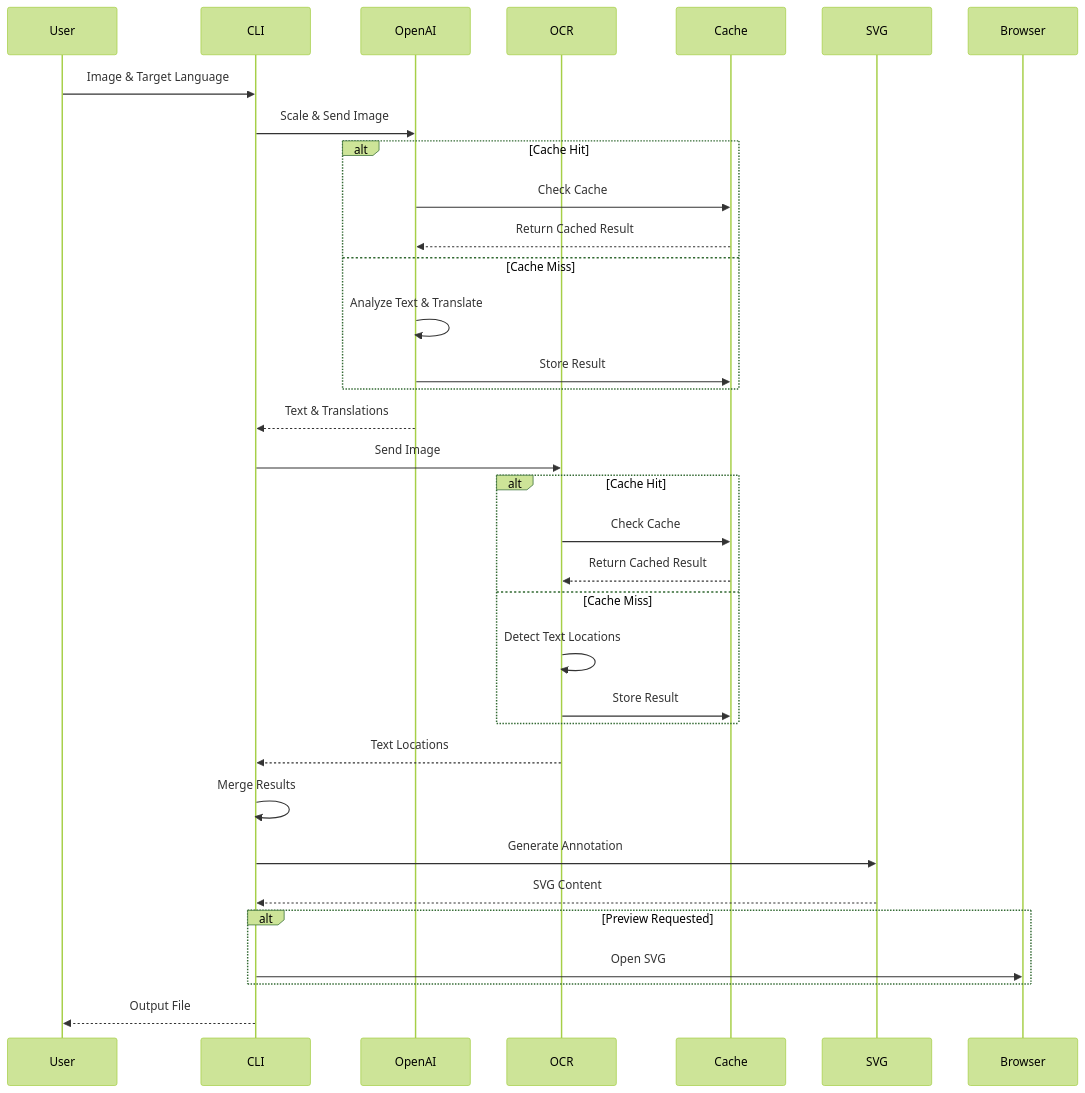
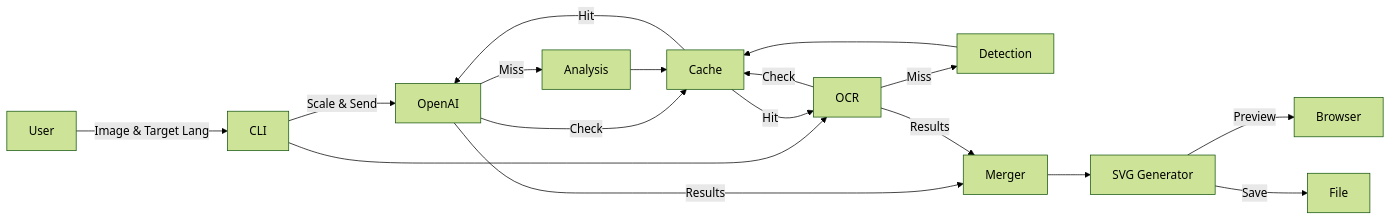
Before and after one commit to osteele/labelingo: the second of 2 diagrams in docs/design.md, drawn with Mermaid (forest theme). The commit also changed other lines of this file and 2 other files, not shown here.

````diff
--- a/docs/design.md
+++ b/docs/design.md
@@ -84,47 +84,19 @@
 ```mermaid
-sequenceDiagram
-    participant User
-    participant CLI
-    participant OpenAI
-    participant OCR
-    participant Cache
-    participant SVG
-    participant Browser
-
-    User->>CLI: Image & Target Language
-
-    CLI->>OpenAI: Scale & Send Image
-
-    alt Cache Hit
-        OpenAI->>Cache: Check Cache
-        Cache-->>OpenAI: Return Cached Result
-    else Cache Miss
-        OpenAI->>OpenAI: Analyze Text & Translate
-        OpenAI->>Cache: Store Result
-    end
-
-    OpenAI-->>CLI: Text & Translations
-
-    CLI->>OCR: Send Image
-
-    alt Cache Hit
-        OCR->>Cache: Check Cache
-        Cache-->>OCR: Return Cached Result
-    else Cache Miss
-        OCR->>OCR: Detect Text Locations
-        OCR->>Cache: Store Result
-    end
-
-    OCR-->>CLI: Text Locations
-
-    CLI->>CLI: Merge Results
-
-    CLI->>SVG: Generate Annotation
-    SVG-->>CLI: SVG Content
-
-    alt Preview Requested
-        CLI->>Browser: Open SVG
-    end
-
-    CLI-->>User: Output File
+graph LR
+    U[User] --> |Image & Target Lang| CLI
+    CLI --> |Scale & Send| OpenAI
+    OpenAI --> |Check| Cache
+    Cache --> |Hit| OpenAI
+    OpenAI --> |Miss| Analysis
+    Analysis --> Cache
+    CLI --> OCR
+    OCR --> |Check| Cache
+    Cache --> |Hit| OCR
+    OCR --> |Miss| Detection
+    Detection --> Cache
+    OpenAI --> |Results| Merger
+    OCR --> |Results| Merger
+    Merger --> SVG[SVG Generator]
+    SVG --> |Preview| Browser
+    SVG --> |Save| File
 ```
````
